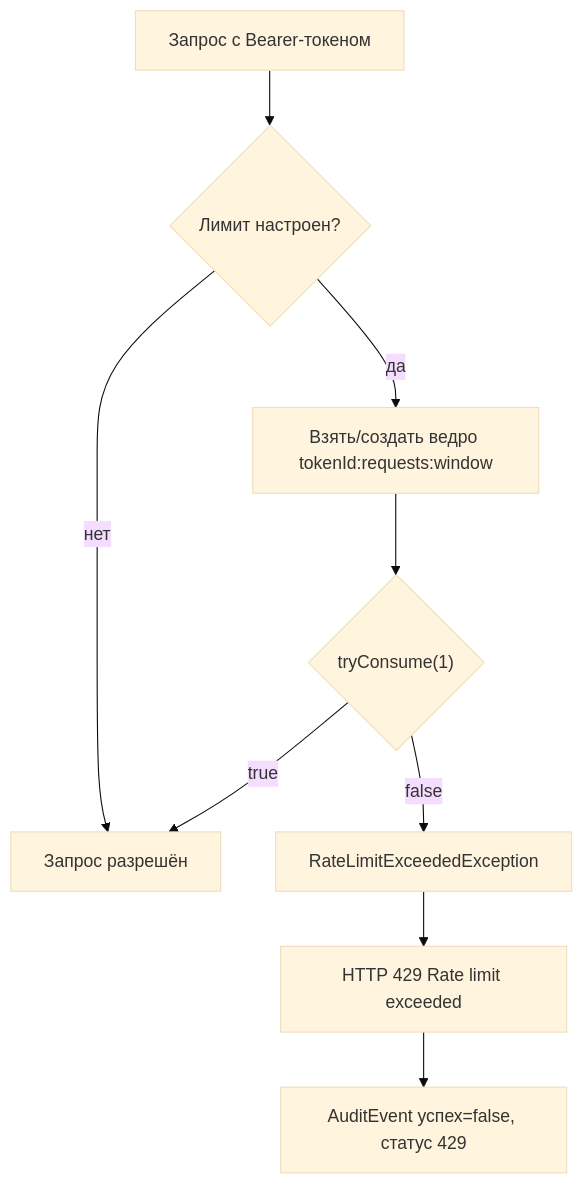
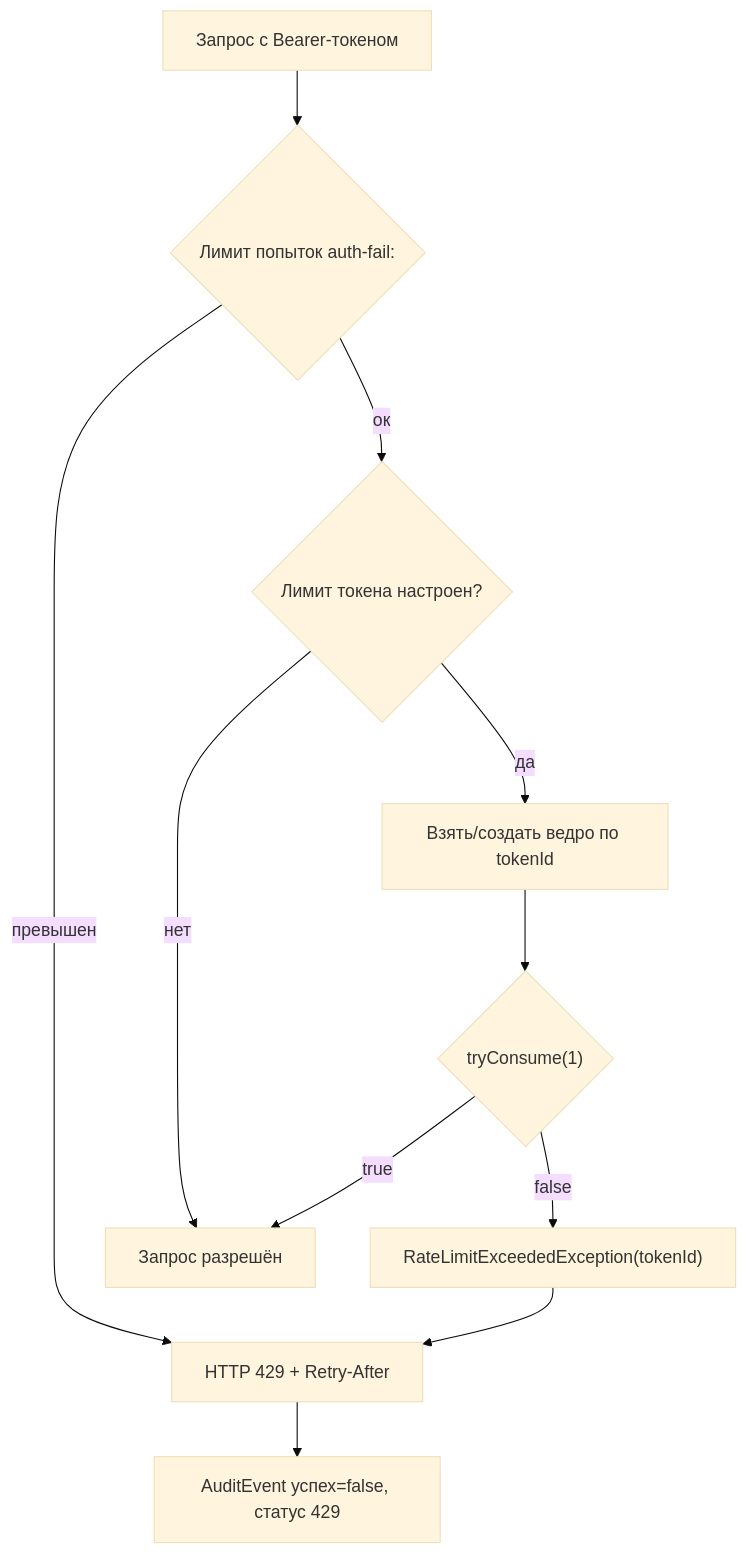
The diagram in docs/features/rate-limiting.md (fso13/open-api-lib), drawn with Mermaid (base theme) before and after one commit. The commit also changed other lines of this file and 109 other files, not shown here.

````diff
--- a/docs/features/rate-limiting.md
+++ b/docs/features/rate-limiting.md
@@ -53,11 +67,13 @@
 ```mermaid
 flowchart TD
-    A["Запрос с Bearer-токеном"] --> B{Лимит настроен?}
+    A["Запрос с Bearer-токеном"] --> P{"Лимит попыток auth-fail:<prefix>"}
+    P -- превышен --> E429["HTTP 429 + Retry-After"]
+    P -- ок --> B{Лимит токена настроен?}
     B -- нет --> Z["Запрос разрешён"]
-    B -- да --> C["Взять/создать ведро tokenId:requests:window"]
+    B -- да --> C["Взять/создать ведро по tokenId"]
     C --> D{"tryConsume(1)"}
     D -- true --> Z
-    D -- false --> E["RateLimitExceededException"]
-    E --> F["HTTP 429 Rate limit exceeded"]
-    F --> G["AuditEvent успех=false, статус 429"]
+    D -- false --> E["RateLimitExceededException(tokenId)"]
+    E --> E429
+    E429 --> G["AuditEvent успех=false, статус 429"]
 ```
````
